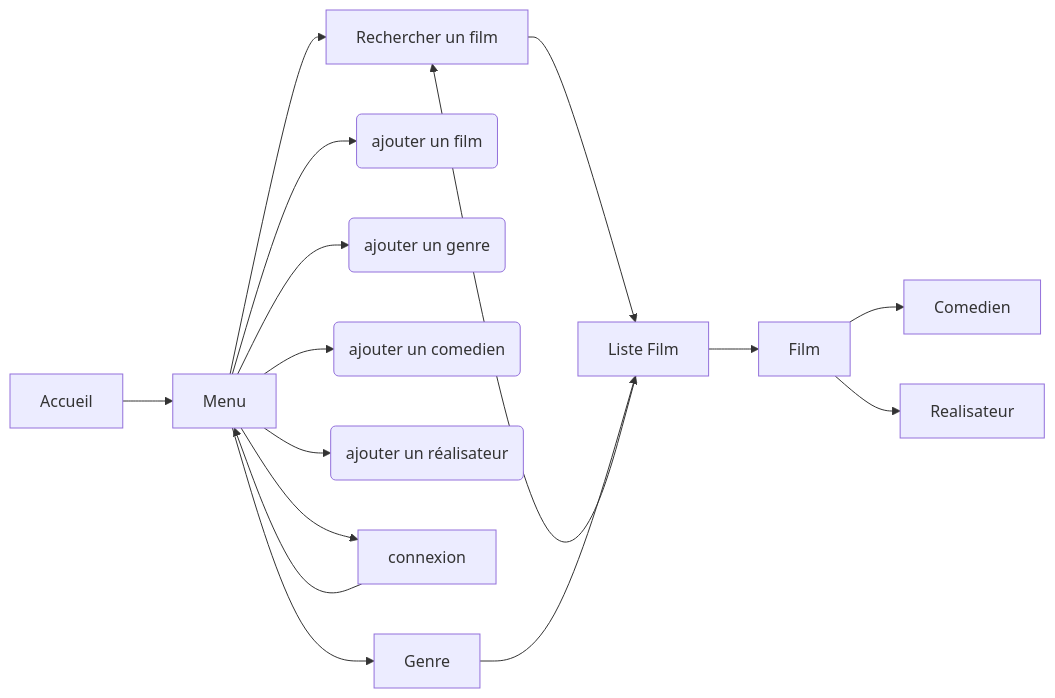
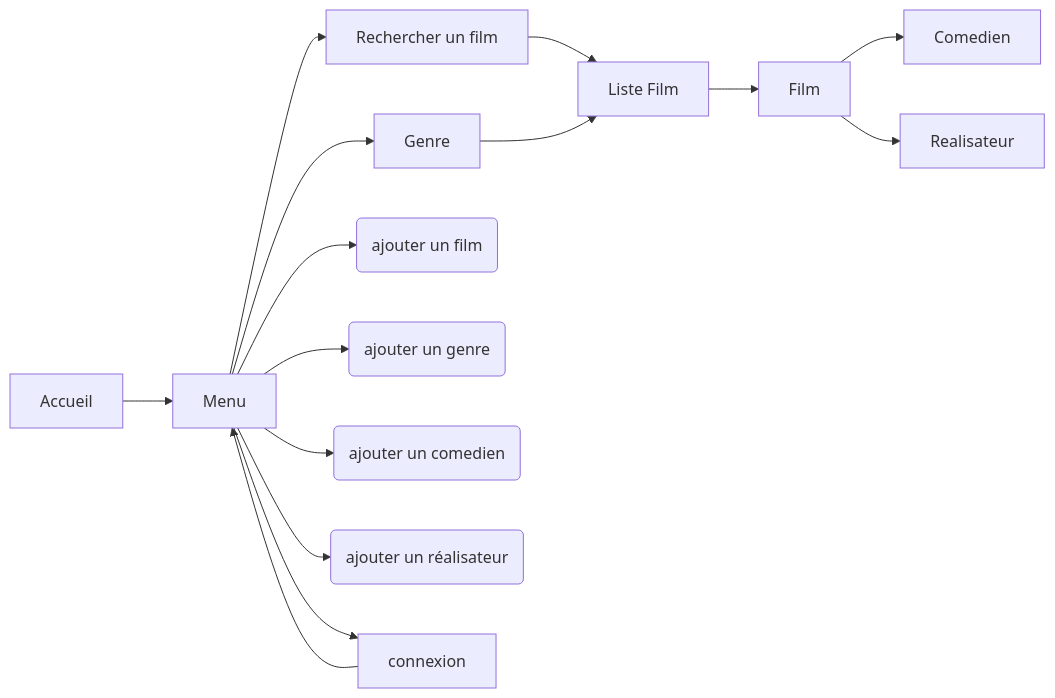
Before and after one commit to Remynder0/cours_BUT_24-25: the first of 3 diagrams in README.md, drawn with Mermaid. The commit also changed other lines of this file, not shown here.

````diff
--- a/README.md
+++ b/README.md
@@ -120,31 +120,30 @@
 ```mermaid
 graph LR
 
 A[Accueil]
 B[Film]
 C[Rechercher un film]
 D[Liste Film] 
 E[Menu]
+M[Genre]
 J[Comedien]
 F(ajouter un film)
 G(ajouter un genre) 
 H(ajouter un comedien) 
 I(ajouter un réalisateur)
 K[connexion]
 L[Realisateur]
-M[Genre]
 
 A --> E --> C --> D --> B --> J
 B --> L
-D --> C
 E --> F
 E --> G
 E --> H
 E --> I
 E --> K --> E
 E --> M --> D
 
 
 
 
 ```
````
